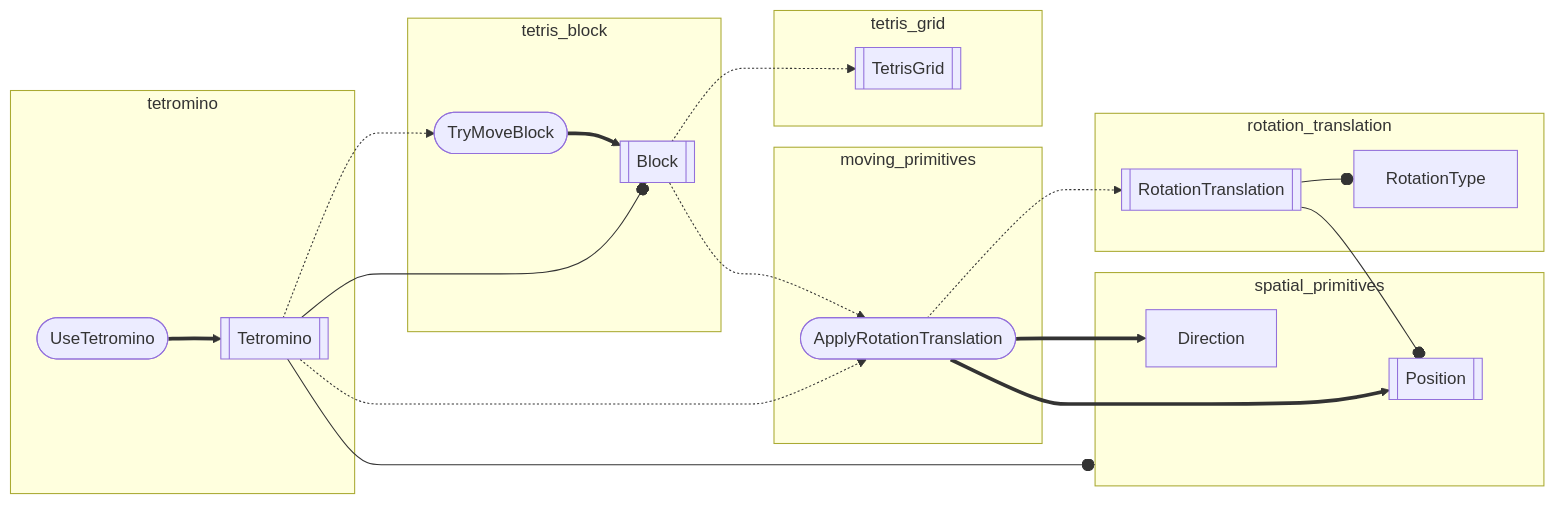
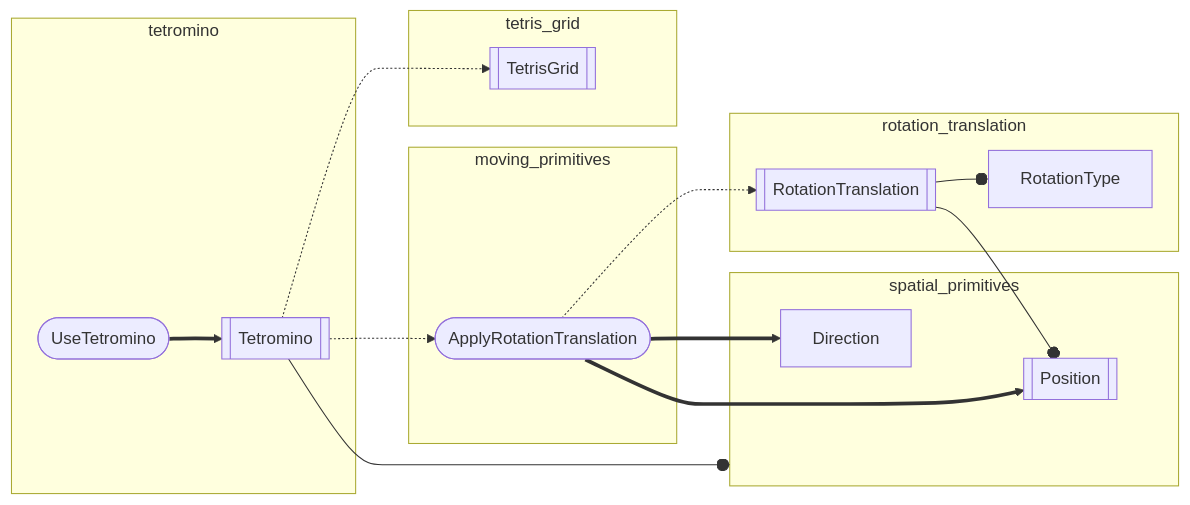
Before and after one commit to inesvar/tetris: the first of 2 diagrams in src/app/player/back_end/flowgraph.md, drawn with Mermaid. The commit also changed 1 other file, not shown here.

Commit message:
Update doc to remove tetris_block

````diff
--- a/src/app/player/back_end/flowgraph.md
+++ b/src/app/player/back_end/flowgraph.md
@@ -3,55 +3,47 @@
 ```mermaid
 graph LR
     %% objects
     Position[[Position]]
     Direction[Direction]
     RotationTranslation[[RotationTranslation]]
     RotationType[RotationType]
     ApplyRotationTranslation([ApplyRotationTranslation])
-    Block[[Block]]
-    TryMoveBlock([TryMoveBlock])
     TetrisGrid[[TetrisGrid]]
     Tetromino[[Tetromino]]
     UseTetromino([UseTetromino])
 
     %% modules
     spatial_primitives[spatial_primitives]
     rotation_translation[rotation_translation]
     moving_primitives[moving_primitives]
     tetromino[tetromino]
 
     subgraph spatial_primitives
         Direction ~~~ Position
     end
     
 
     subgraph rotation_translation
         RotationTranslation --o RotationType
     end
 
     RotationTranslation --o Position
 
     subgraph moving_primitives
         ApplyRotationTranslation
     end
 
     ApplyRotationTranslation ==> Position & Direction
     ApplyRotationTranslation -.-> RotationTranslation
-    
-    subgraph tetris_block
-        TryMoveBlock ==> Block
-    end
 
     subgraph tetris_grid
         TetrisGrid
     end
 
-    Block -.-> ApplyRotationTranslation & TetrisGrid
-
     subgraph tetromino
         UseTetromino ==> Tetromino
     end
 
-    Tetromino --o spatial_primitives & Block
-    Tetromino -.-> ApplyRotationTranslation & TryMoveBlock
+    Tetromino --o spatial_primitives
+    Tetromino -.-> ApplyRotationTranslation & TetrisGrid
 ```
````
